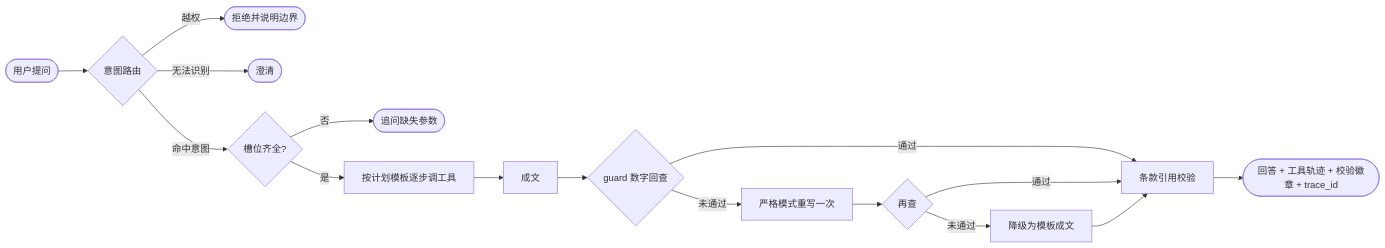
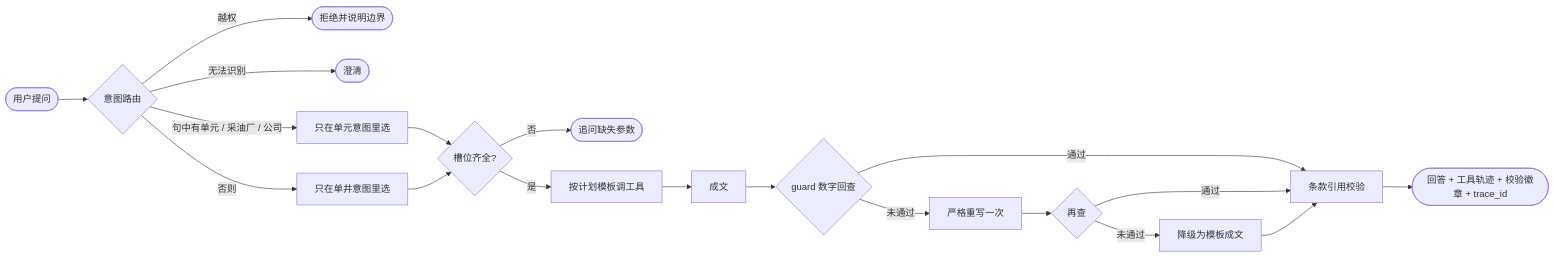
Before and after one commit to xu5733089/oilwell-lifecycle-sec: the second of 3 diagrams in README.md, drawn with Mermaid. The commit also changed other lines of this file and 34 other files, not shown here.

````diff
--- a/README.md
+++ b/README.md
@@ -225,17 +198,17 @@
 ```mermaid
 flowchart LR
     Q([用户提问]) --> RT{意图路由}
     RT -- 越权 --> X1([拒绝并说明边界])
     RT -- 无法识别 --> X2([澄清])
-    RT -- 命中意图 --> SL{槽位齐全?}
+    RT -- 句中有单元 / 采油厂 / 公司 --> U[只在单元意图里选]
+    RT -- 否则 --> W[只在单井意图里选]
+    U & W --> SL{槽位齐全?}
     SL -- 否 --> X3([追问缺失参数])
-    SL -- 是 --> PL[按计划模板逐步调工具]
-    PL --> CO[成文]
-    CO --> GD{guard 数字回查}
+    SL -- 是 --> PL[按计划模板调工具]
+    PL --> CO[成文] --> GD{guard 数字回查}
     GD -- 通过 --> CT[条款引用校验]
-    GD -- 未通过 --> RW[严格模式重写一次]
-    RW --> GD2{再查}
+    GD -- 未通过 --> RW[严格重写一次] --> GD2{再查}
     GD2 -- 通过 --> CT
     GD2 -- 未通过 --> TP[降级为模板成文] --> CT
     CT --> A([回答 + 工具轨迹 + 校验徽章 + trace_id])
 ```
````
